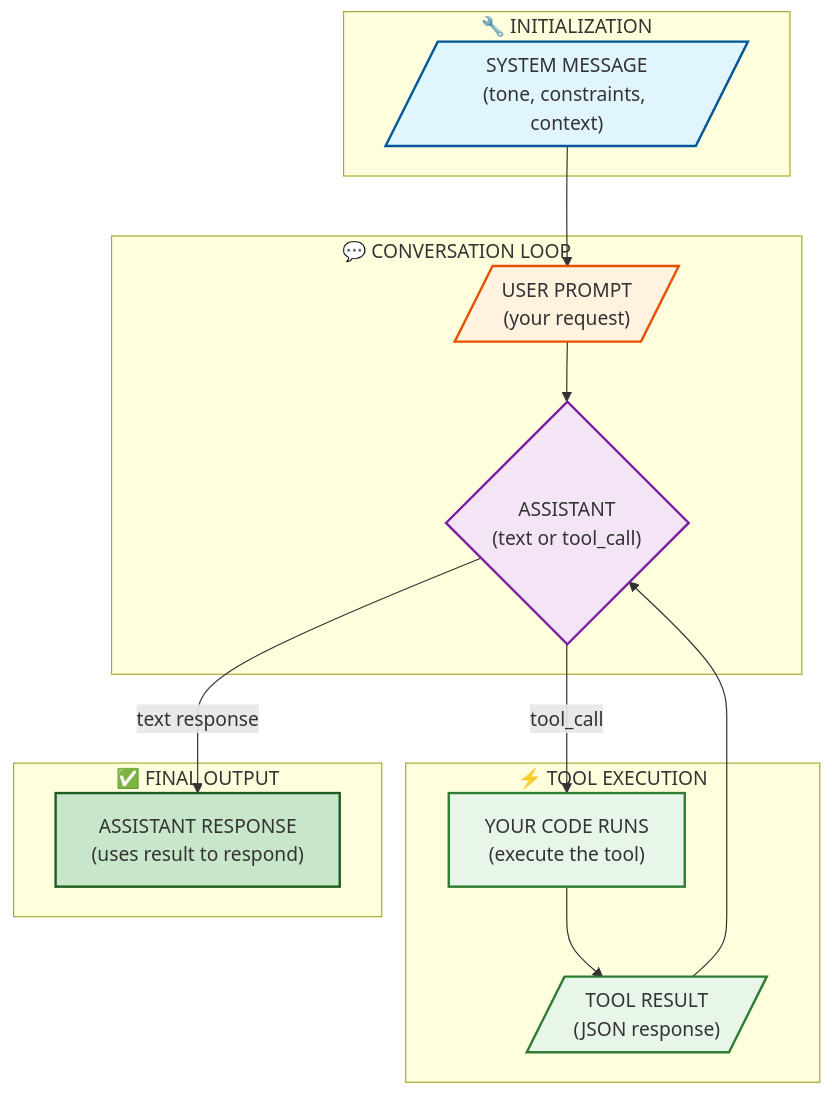
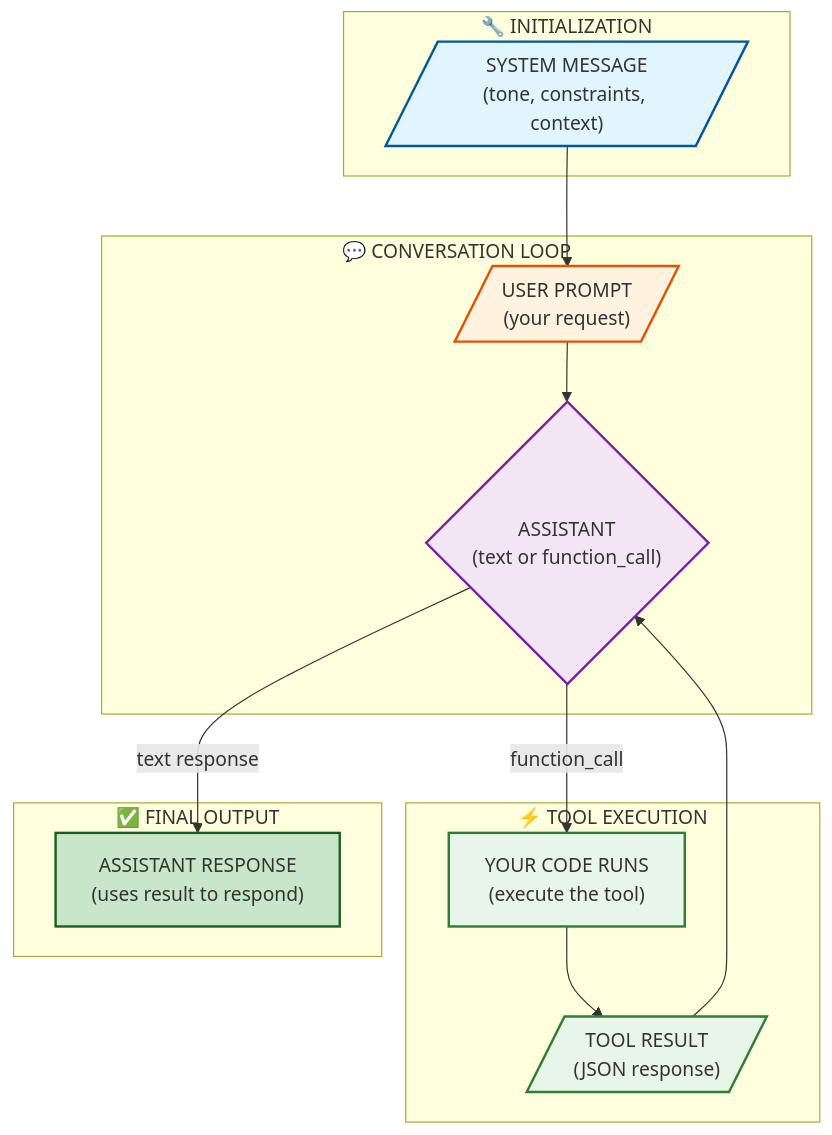
Before and after one commit to lbijeau/codex-training: the diagram in docs/modules/08-api-internals.md, drawn with Mermaid. The commit also changed other lines of this file, not shown here.

Commit message:
docs: fix Responses API tool call example

````diff
--- a/docs/modules/08-api-internals.md
+++ b/docs/modules/08-api-internals.md
@@ -32,34 +32,34 @@
 ```mermaid
 flowchart TD
     subgraph init["🔧 INITIALIZATION"]
         S[/"SYSTEM MESSAGE<br/>(tone, constraints, context)"/]
     end
 
     subgraph conversation["💬 CONVERSATION LOOP"]
         U[/"USER PROMPT<br/>(your request)"/]
-        A{"ASSISTANT<br/>(text or tool_call)"}
+        A{"ASSISTANT<br/>(text or function_call)"}
         U --> A
     end
 
     subgraph toolexec["⚡ TOOL EXECUTION"]
         F["YOUR CODE RUNS<br/>(execute the tool)"]
         R[/"TOOL RESULT<br/>(JSON response)"/]
         F --> R
     end
 
     subgraph response["✅ FINAL OUTPUT"]
         FINAL["ASSISTANT RESPONSE<br/>(uses result to respond)"]
     end
 
     S --> U
-    A -->|"tool_call"| F
+    A -->|"function_call"| F
     R --> A
     A -->|"text response"| FINAL
 
     style S fill:#e1f5fe,stroke:#01579b,stroke-width:2px
     style U fill:#fff3e0,stroke:#e65100,stroke-width:2px
     style A fill:#f3e5f5,stroke:#7b1fa2,stroke-width:2px
     style F fill:#e8f5e9,stroke:#2e7d32,stroke-width:2px
     style R fill:#e8f5e9,stroke:#2e7d32,stroke-width:2px
     style FINAL fill:#c8e6c9,stroke:#1b5e20,stroke-width:2px
 ```
````
